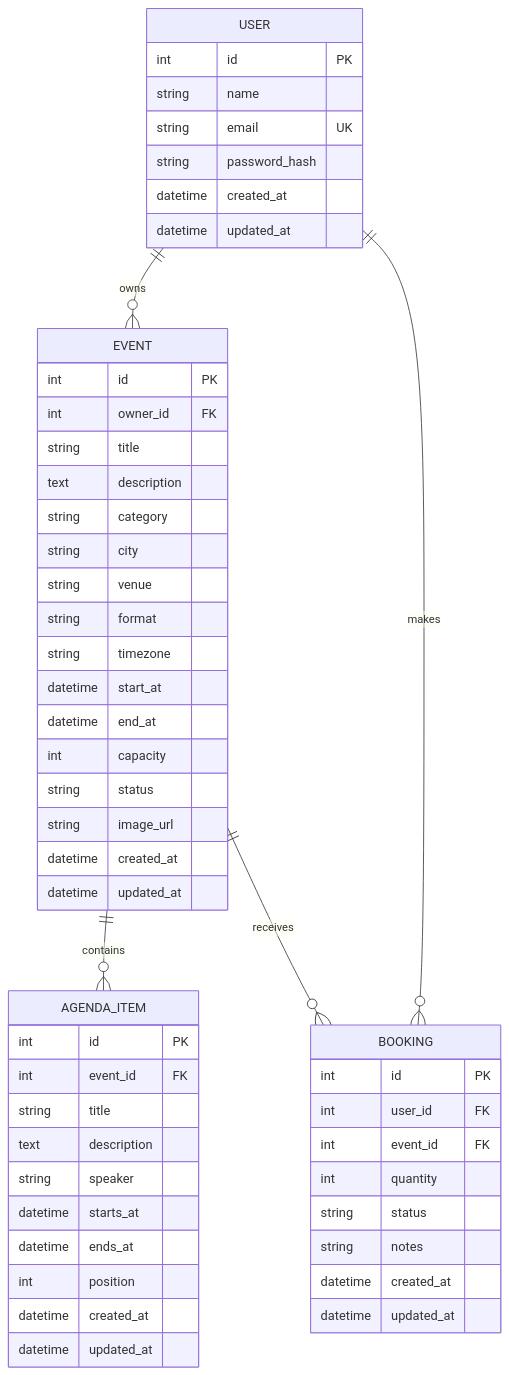
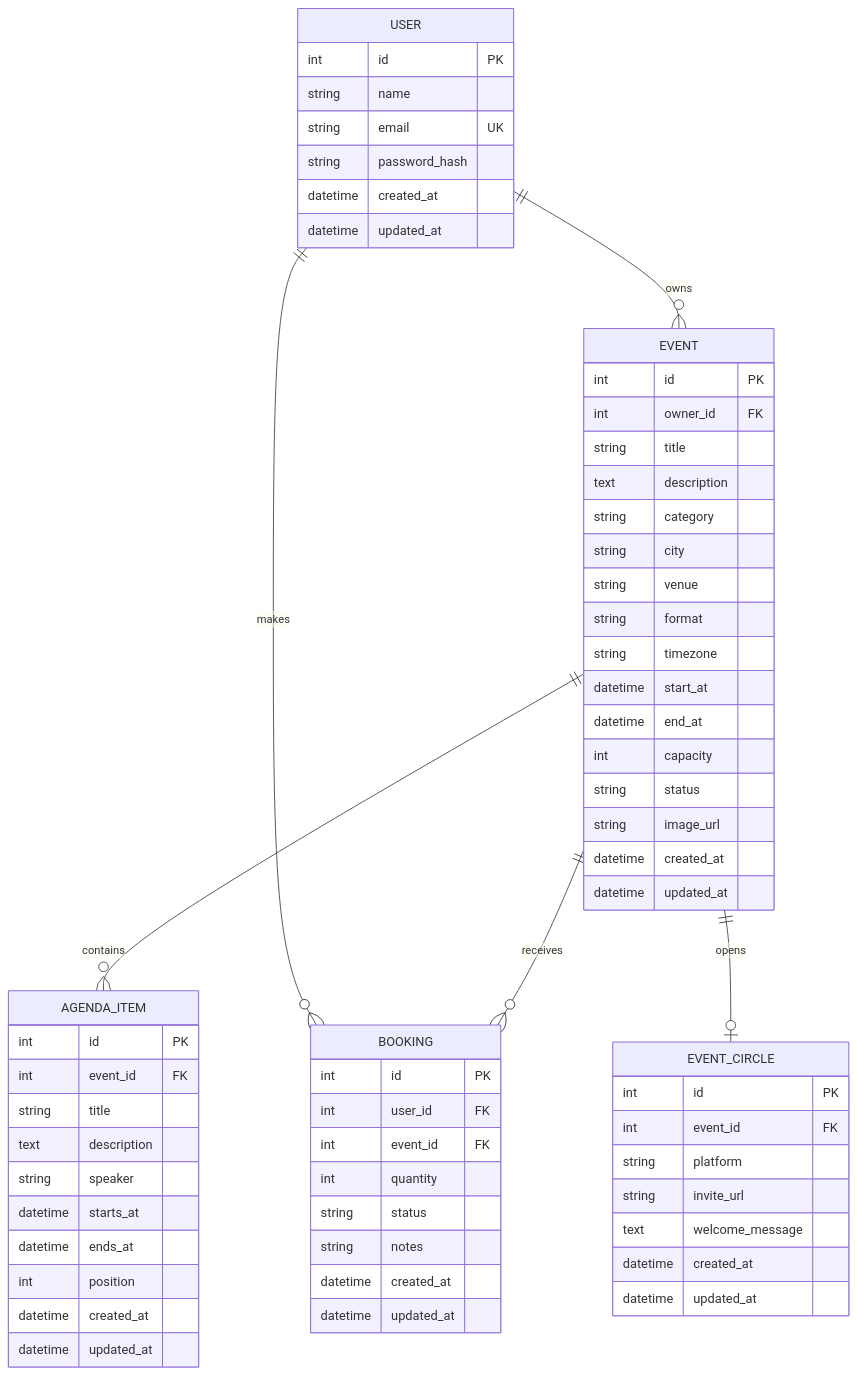
The diagram in docs/ERD.md (Svnd3/hackaform), drawn with Mermaid before and after one commit. The commit also changed other lines of this file and 32 other files, not shown here.

````diff
--- a/docs/ERD.md
+++ b/docs/ERD.md
@@ -5,59 +5,70 @@
 ```mermaid
 erDiagram
     USER ||--o{ EVENT : owns
     USER ||--o{ BOOKING : makes
     EVENT ||--o{ AGENDA_ITEM : contains
     EVENT ||--o{ BOOKING : receives
+    EVENT ||--o| EVENT_CIRCLE : opens
 
     USER {
         int id PK
         string name
         string email UK
         string password_hash
         datetime created_at
         datetime updated_at
     }
 
     EVENT {
         int id PK
         int owner_id FK
         string title
         text description
         string category
         string city
         string venue
         string format
         string timezone
         datetime start_at
         datetime end_at
         int capacity
         string status
         string image_url
         datetime created_at
         datetime updated_at
     }
 
     AGENDA_ITEM {
         int id PK
         int event_id FK
         string title
         text description
         string speaker
         datetime starts_at
         datetime ends_at
         int position
         datetime created_at
         datetime updated_at
     }
 
     BOOKING {
         int id PK
         int user_id FK
         int event_id FK
         int quantity
         string status
         string notes
         datetime created_at
         datetime updated_at
     }
+
+    EVENT_CIRCLE {
+        int id PK
+        int event_id FK
+        string platform
+        string invite_url
+        text welcome_message
+        datetime created_at
+        datetime updated_at
+    }
 ```
````
